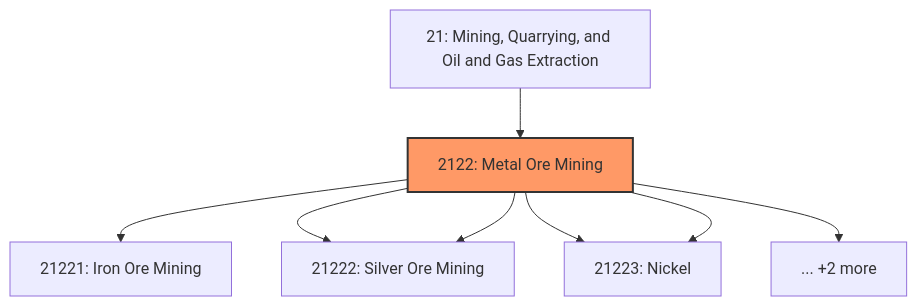
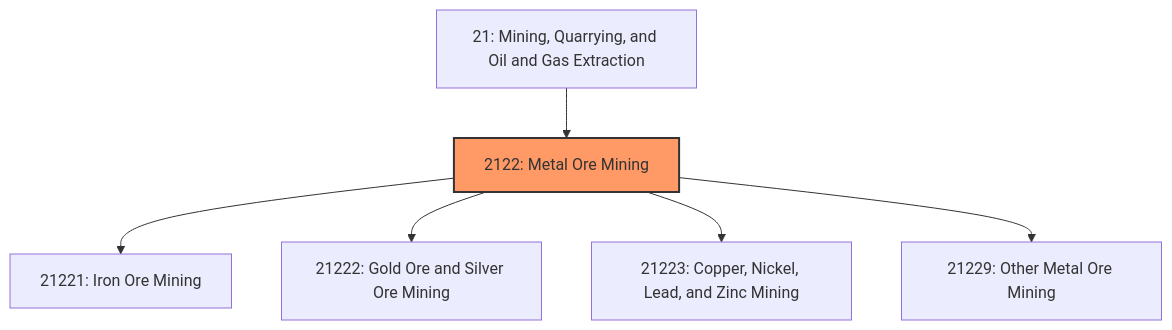
The first of 3 diagrams in industries/Mining/MetalOreMining/index.mdx (kziemski/business.org.ai), drawn with Mermaid before and after one commit. The commit also changed other lines of this file and 67 other files, not shown here.

````diff
--- a/industries/Mining/MetalOreMining/index.mdx
+++ b/industries/Mining/MetalOreMining/index.mdx
@@ -22,12 +32,10 @@
 ```mermaid
 graph TD
     S21["21: Mining, Quarrying, and Oil and Gas Extraction"]
     S21 --> N2122["2122: Metal Ore Mining"]
     style N2122 fill:#f96,stroke:#333,stroke-width:2px
     N2122 --> N21221["21221: Iron Ore Mining"]
-    N2122 --> N21222["21222: Gold Ore"]
-    N2122 --> N21222["21222: Silver Ore Mining"]
-    N2122 --> N21223["21223: Copper"]
-    N2122 --> N21223["21223: Nickel"]
-    N2122 --> more["... +2 more"]
+    N2122 --> N21222["21222: Gold Ore and Silver Ore Mining"]
+    N2122 --> N21223["21223: Copper, Nickel, Lead, and Zinc Mining"]
+    N2122 --> N21229["21229: Other Metal Ore Mining"]
 ```
````
